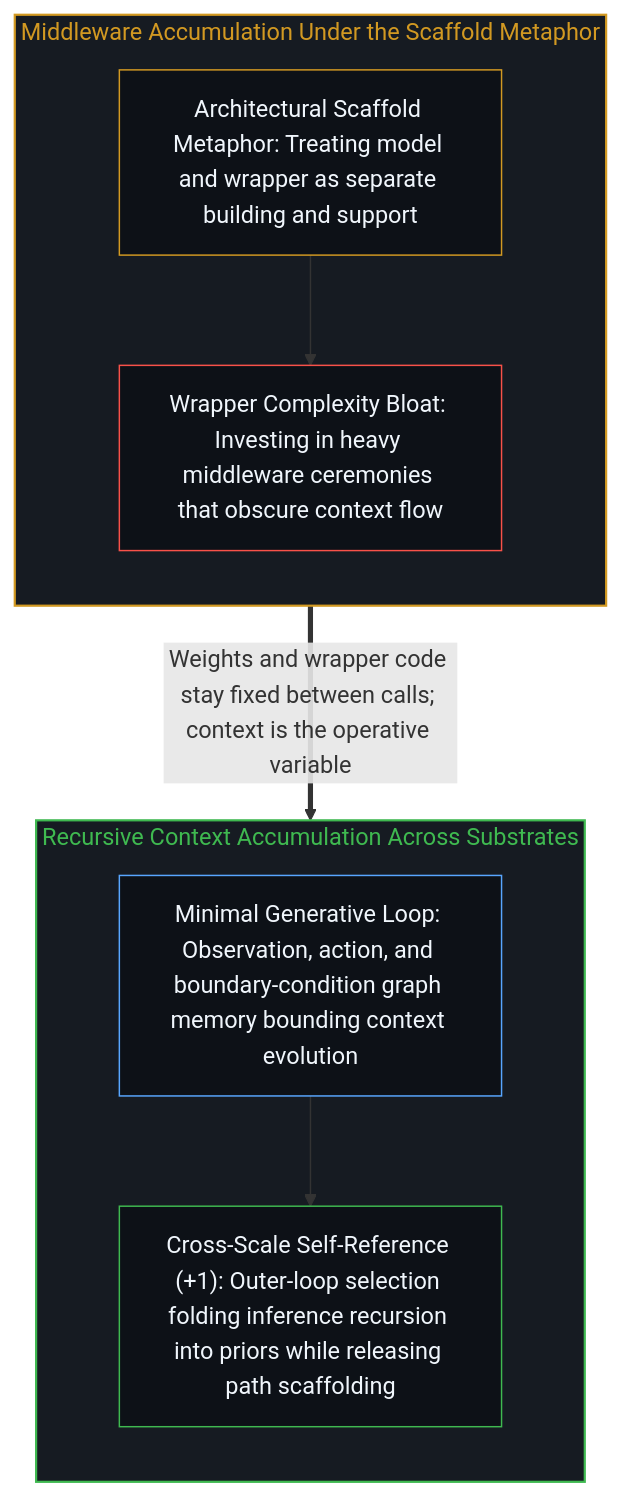
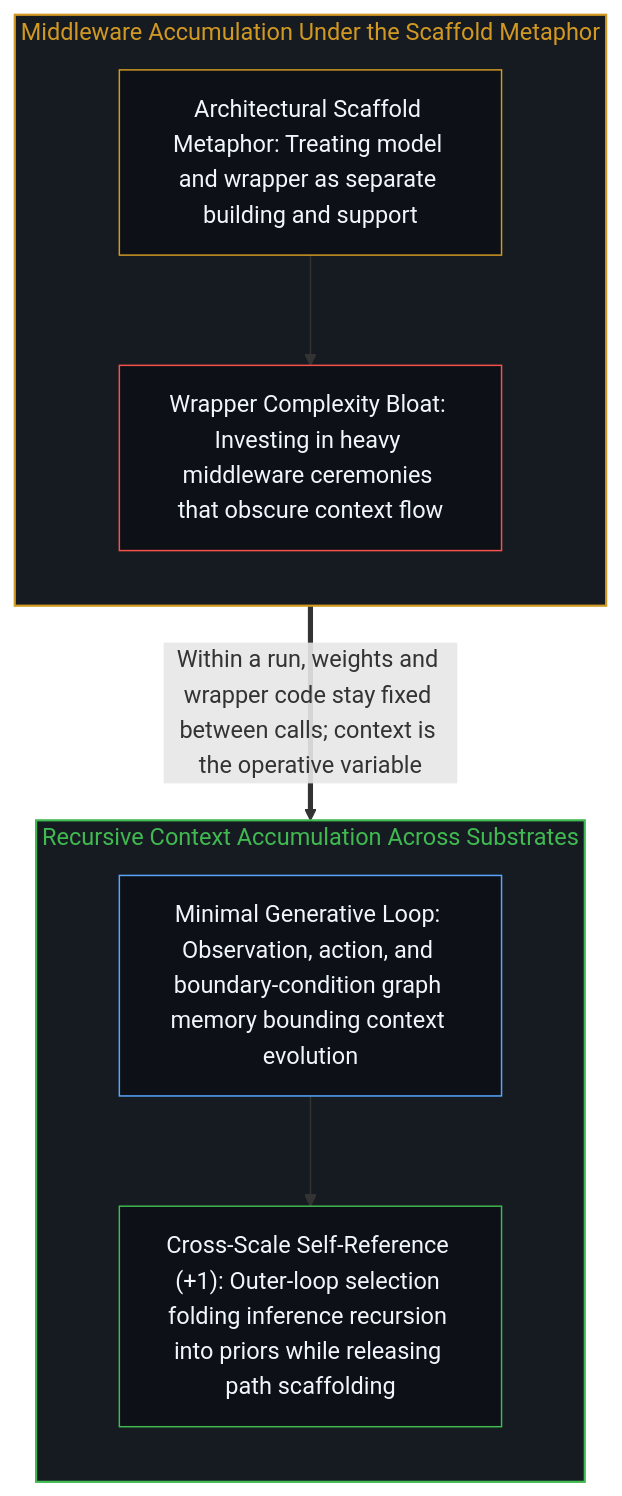
The second of 2 diagrams in content/posts/scaffolds-or-specialized-contexts.md (powerpig99/not-a-toe), drawn with Mermaid before and after one commit. The commit also changed other lines of this file and 13 other files, not shown here.

````diff
--- a/content/posts/scaffolds-or-specialized-contexts.md
+++ b/content/posts/scaffolds-or-specialized-contexts.md
@@ -42,22 +42,22 @@
 ```mermaid
 flowchart TD
     subgraph S_Wrapper["Middleware Accumulation Under the Scaffold Metaphor"]
         direction TB
         Metaphor["Architectural Scaffold Metaphor: Treating model and wrapper as separate building and support"]
         Bloat["Wrapper Complexity Bloat: Investing in heavy middleware ceremonies that obscure context flow"]
         Metaphor --> Bloat
     end
     subgraph S_Context["Recursive Context Accumulation Across Substrates"]
         direction TB
         MinLoop["Minimal Generative Loop: Observation, action, and boundary-condition graph memory bounding context evolution"]
         SelfRef["Cross-Scale Self-Reference (+1): Outer-loop selection folding inference recursion into priors while releasing path scaffolding"]
         MinLoop --> SelfRef
     end
-    Bloat ==>|"Weights and wrapper code stay fixed between calls; context is the operative variable"| MinLoop
+    Bloat ==>|"Within a run, weights and wrapper code stay fixed between calls; context is the operative variable"| MinLoop
     style S_Wrapper fill:#161b22,stroke:#d29922,stroke-width:1.5px,color:#d29922
     style S_Context fill:#161b22,stroke:#3fb950,stroke-width:1.5px,color:#3fb950
     style Metaphor fill:#0d1117,stroke:#d29922,stroke-width:1px,color:#f0f6fc
     style Bloat fill:#0d1117,stroke:#f85149,stroke-width:1px,color:#f0f6fc
     style MinLoop fill:#0d1117,stroke:#58a6ff,stroke-width:1px,color:#f0f6fc
     style SelfRef fill:#0d1117,stroke:#3fb950,stroke-width:1px,color:#f0f6fc
 ```
````
